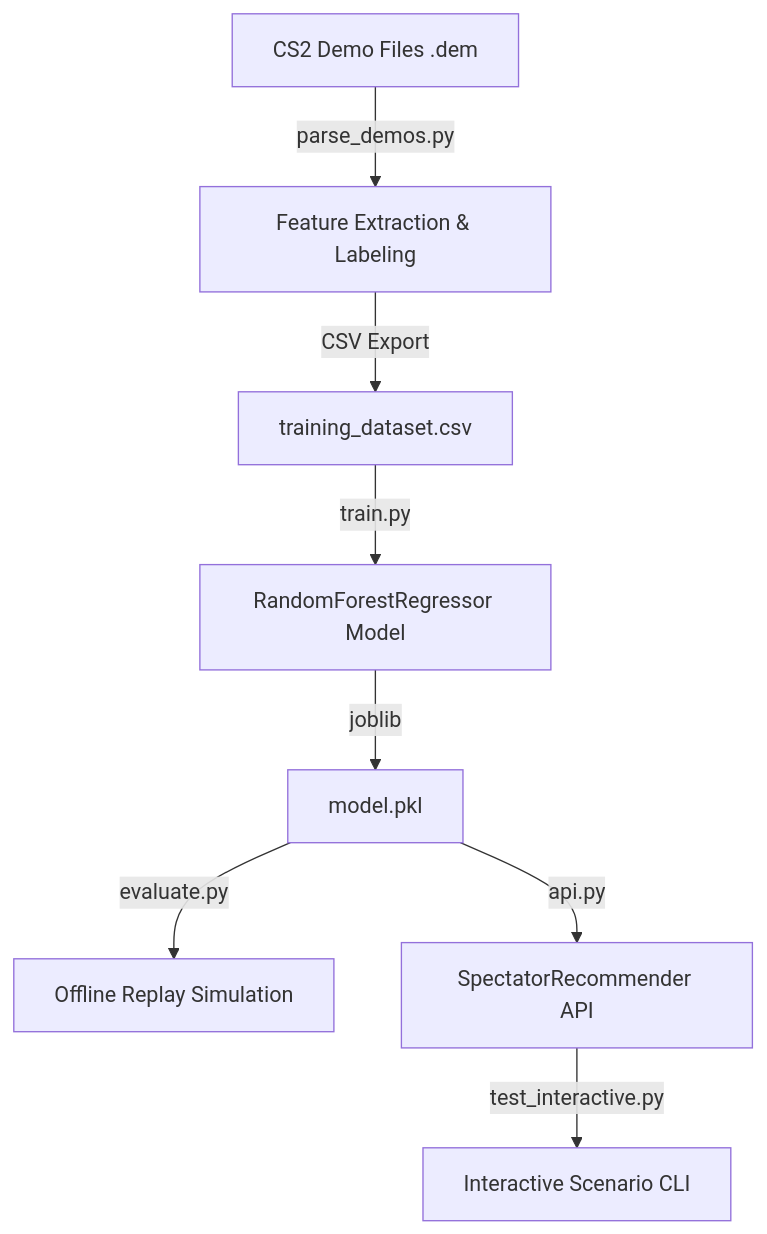
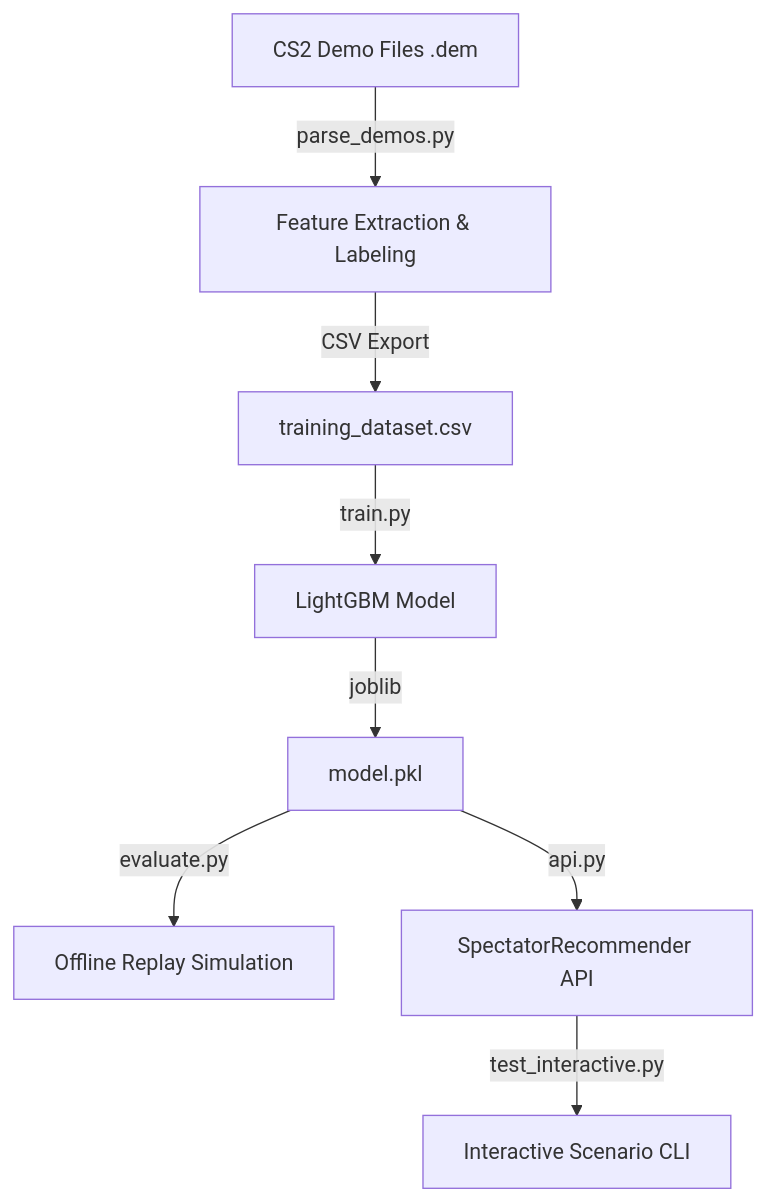
One commit to prtdv/auto_spectate-engine-CS2 changed the diagram in README.md. Above: the diagram before and after it, drawn with Mermaid. The commit also changed other lines of this file and 9 other files, not shown here.

Commit message:
retrained model with more data, on LightGBM Regressor

````diff
--- a/README.md
+++ b/README.md
@@ -11,10 +11,10 @@
 ```mermaid
 graph TD
     A[CS2 Demo Files .dem] -->|parse_demos.py| B[Feature Extraction & Labeling]
     B -->|CSV Export| C[training_dataset.csv]
-    C -->|train.py| D[RandomForestRegressor Model]
+    C -->|train.py| D[LightGBM Model]
     D -->|joblib| E[model.pkl]
     E -->|evaluate.py| F[Offline Replay Simulation]
     E -->|api.py| G[SpectatorRecommender API]
     G -->|test_interactive.py| H[Interactive Scenario CLI]
 ```
````
